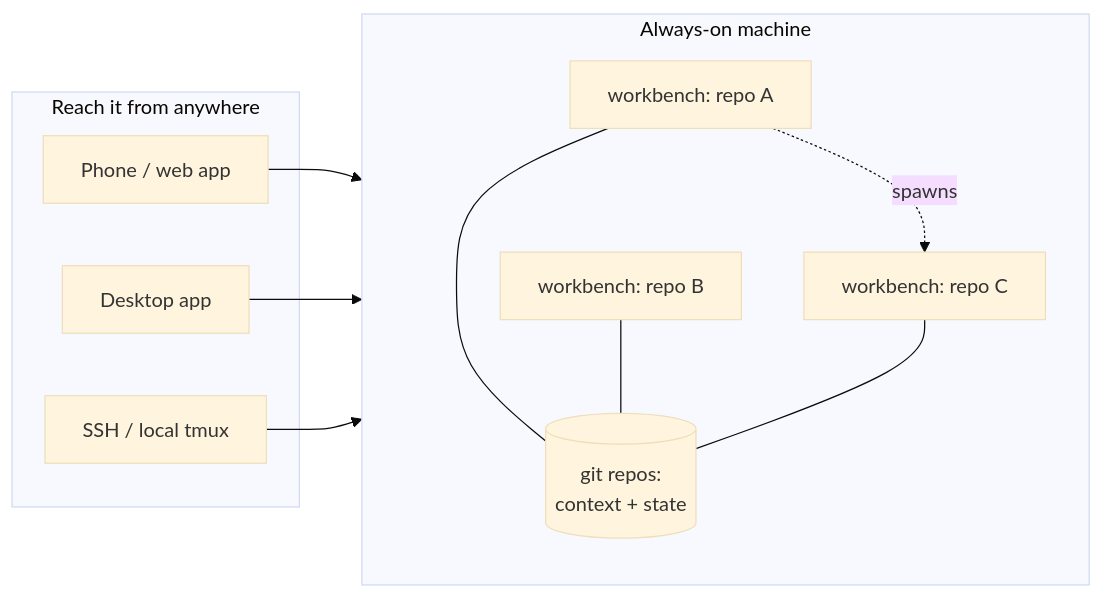
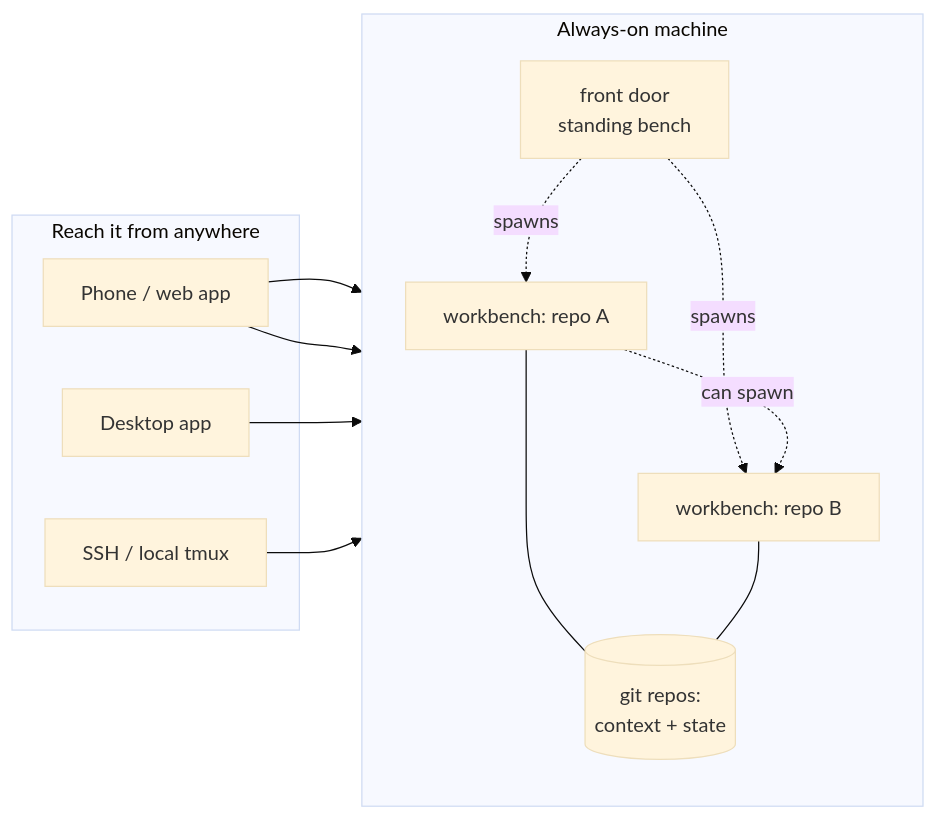
Before and after one commit to skyblue-will/claude-code-workbenches: the diagram in WIRING.md, drawn with Mermaid (base theme). The commit also changed other lines of this file, not shown here.

````diff
--- a/WIRING.md
+++ b/WIRING.md
@@ -6,23 +29,26 @@
 ```mermaid
 flowchart LR
     subgraph reach [Reach it from anywhere]
         P[Phone / web app]
         D[Desktop app]
         S[SSH / local tmux]
     end
     subgraph vm [Always-on machine]
         direction TB
+        F[front door
+        standing bench]
         W1[workbench: repo A]
         W2[workbench: repo B]
-        W3[workbench: repo C]
         L[(git repos:
         context + state)]
+        F -. spawns .-> W1
+        F -. spawns .-> W2
+        W1 -. can spawn .-> W2
         W1 --- L
         W2 --- L
-        W3 --- L
     end
+    P --> F
     P --> W1
     D --> W2
-    S --> W3
-    W1 -. spawns .-> W3
+    S --> W1
 ```
````
